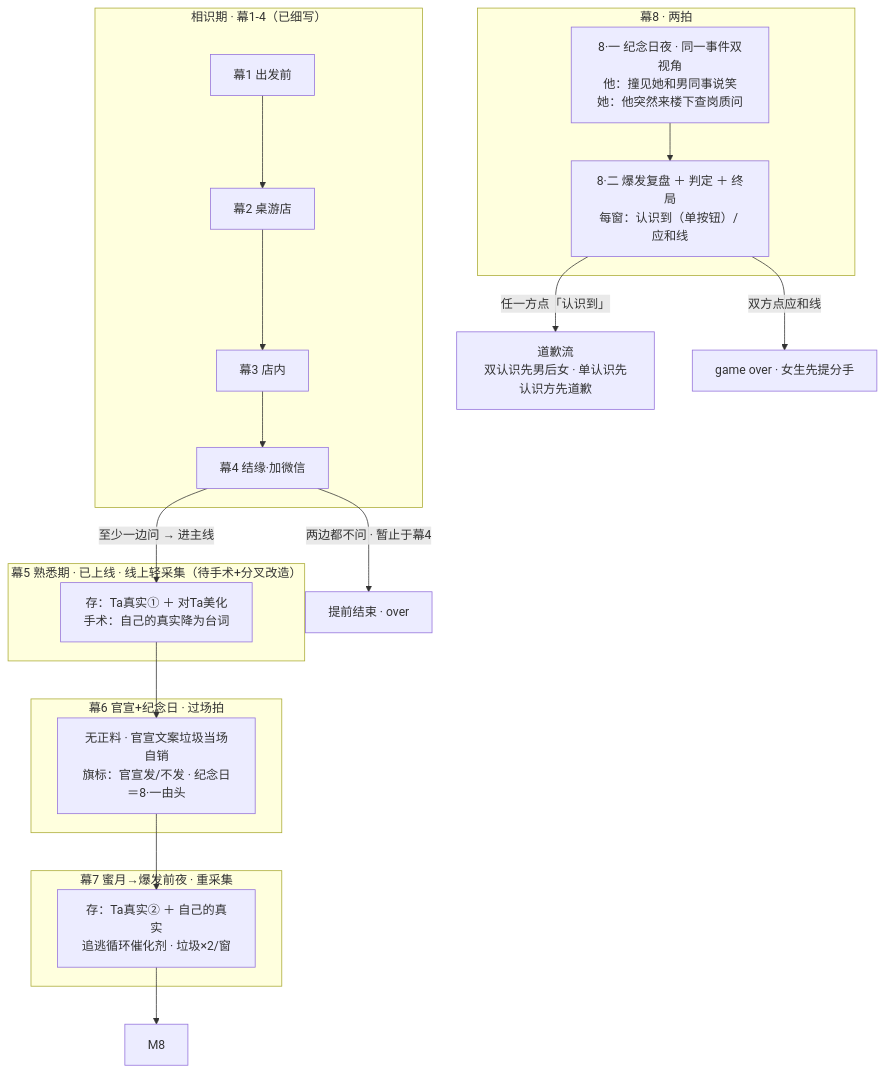
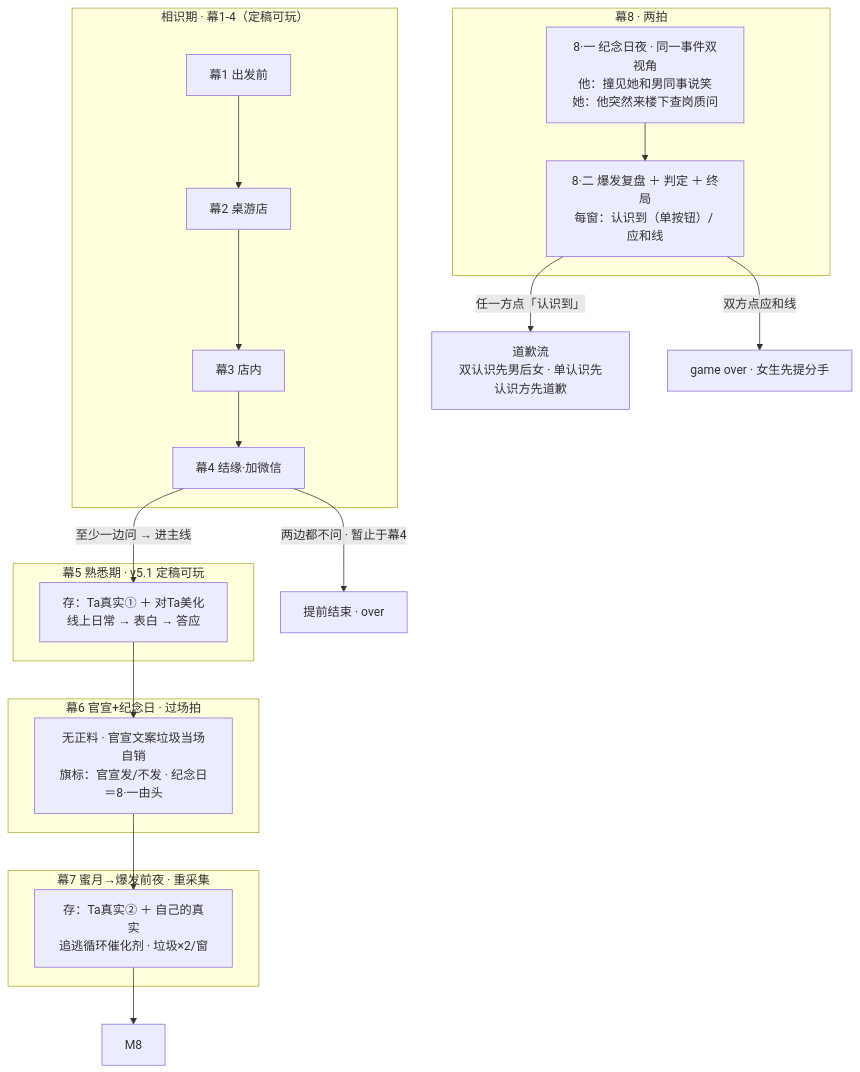
The first of 2 diagrams in script/outline.md (jesse20050324/Project_3), drawn with Mermaid before and after one commit. The commit also changed other lines of this file, not shown here.

````diff
--- a/script/outline.md
+++ b/script/outline.md
@@ -44,29 +46,29 @@
 ```mermaid
 flowchart TD
-    subgraph ACT1["相识期 · 幕1-4（已细写）"]
+    subgraph ACT1["相识期 · 幕1-4（定稿可玩）"]
         M1["幕1 出发前"] --> M2["幕2 桌游店"] --> M3["幕3 店内"] --> M4["幕4 结缘·加微信"]
     end
     M4 -->|"两边都不问 · 暂止于幕4"| OVER["提前结束 · over"]
     M4 -->|"至少一边问 → 进主线"| M5
 
-    subgraph M5G["幕5 熟悉期 · 已上线 · 线上轻采集（待手术+分叉改造）"]
-        M5["存：Ta真实① ＋ 对Ta美化<br/>手术：自己的真实降为台词"]
+    subgraph M5G["幕5 熟悉期 · v5.1 定稿可玩"]
+        M5["存：Ta真实① ＋ 对Ta美化<br/>线上日常 → 表白 → 答应"]
     end
     M5 --> M6
 
     subgraph M6G["幕6 官宣+纪念日 · 过场拍"]
         M6["无正料 · 官宣文案垃圾当场自销<br/>旗标：官宣发/不发 · 纪念日＝8·一由头"]
     end
     M6 --> M7
 
     subgraph M7G["幕7 蜜月→爆发前夜 · 重采集"]
         M7["存：Ta真实② ＋ 自己的真实<br/>追逃循环催化剂 · 垃圾×2/窗"]
     end
     M7 --> M8
 
     subgraph M8G["幕8 · 两拍"]
         M8a["8·一 纪念日夜 · 同一事件双视角<br/>他：撞见她和男同事说笑<br/>她：他突然来楼下查岗质问"] --> M8b["8·二 爆发复盘 ＋ 判定 ＋ 终局<br/>每窗：认识到（单按钮）/ 应和线"]
     end
     M8b -->|"任一方点「认识到」"| APO["道歉流<br/>双认识先男后女 · 单认识先认识方先道歉"]
     M8b -->|"双方点应和线"| OVER8["game over · 女生先提分手"]
 ```
````
